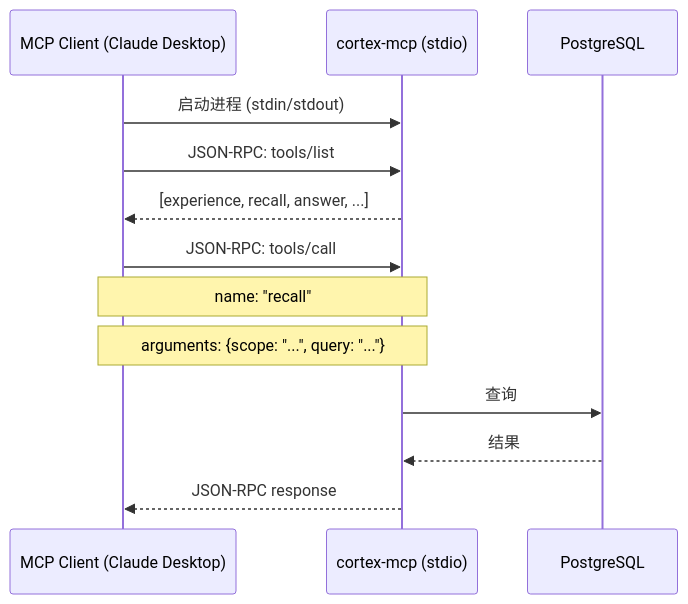
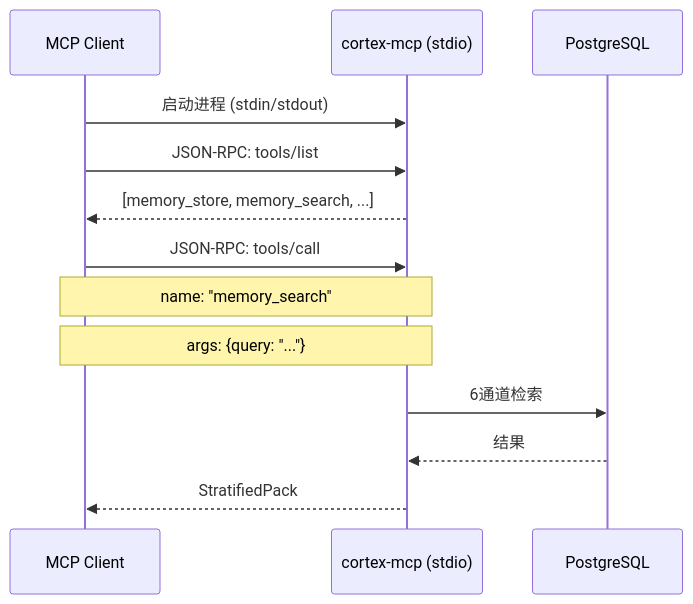
The second of 3 diagrams in source/chapters/09-mcp-server.md (pty819/cortex-py-book), drawn with Mermaid before and after one commit. The commit also changed other lines of this file and 18 other files, not shown here.

First line of the commit message:
docs: refresh book with latest cortex-py architecture

````diff
--- a/source/chapters/09-mcp-server.md
+++ b/source/chapters/09-mcp-server.md
@@ -38,18 +85,18 @@
 ```{mermaid}
 sequenceDiagram
-    participant C as MCP Client (Claude Desktop)
+    participant C as MCP Client
     participant S as cortex-mcp (stdio)
     participant DB as PostgreSQL
     
     C->>S: 启动进程 (stdin/stdout)
     C->>S: JSON-RPC: tools/list
-    S-->>C: [experience, recall, answer, ...]
+    S-->>C: [memory_store, memory_search, ...]
     
     C->>S: JSON-RPC: tools/call
-    Note over C,S: name: "recall"
-    Note over C,S: arguments: {scope: "...", query: "..."}
+    Note over C,S: name: "memory_search"
+    Note over C,S: args: {query: "..."}
     
-    S->>DB: 查询
+    S->>DB: 6通道检索
     DB-->>S: 结果
-    S-->>C: JSON-RPC response
+    S-->>C: StratifiedPack
 ```
````
